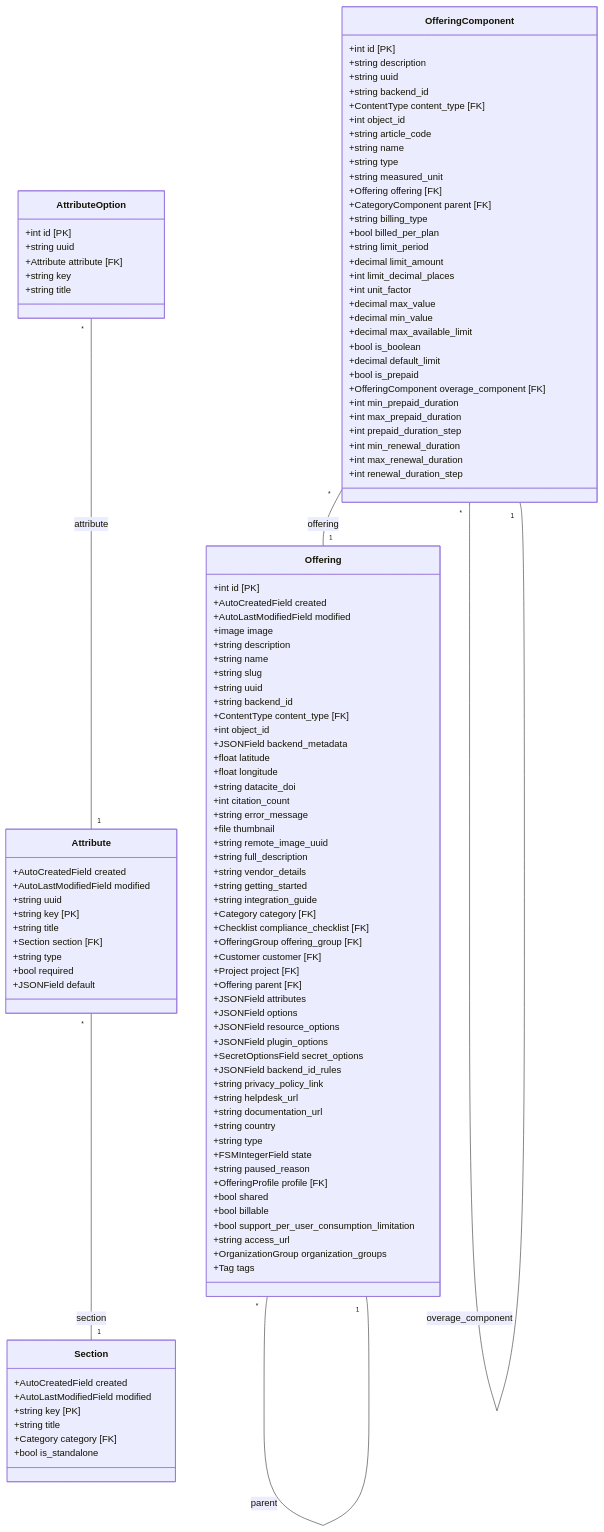
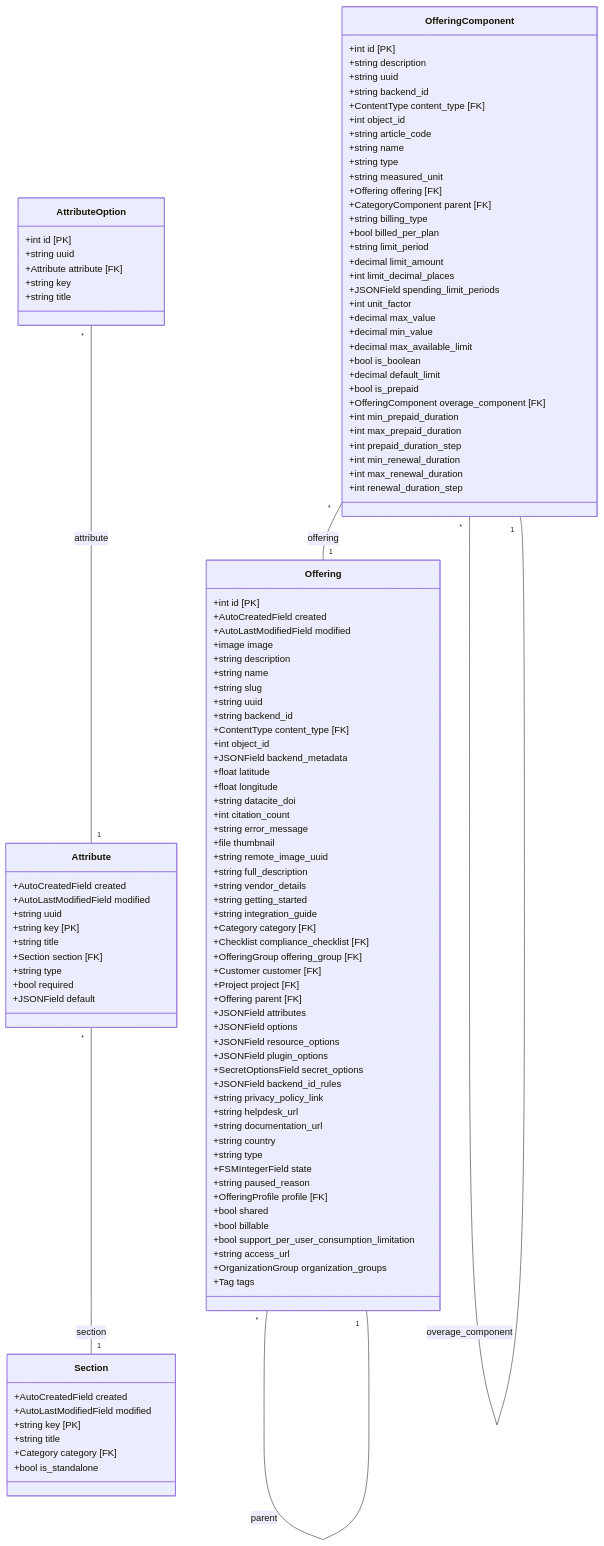
One commit to waldur/waldur-docs changed the diagram in docs/developer-guide/marketplace_catalog.mmd. Above: the diagram before and after it, drawn with Mermaid. The commit also changed 49 other files, not shown here.

```diff
--- a/docs/developer-guide/marketplace_catalog.mmd
+++ b/docs/developer-guide/marketplace_catalog.mmd
@@ -1,117 +1,118 @@
 classDiagram
     direction TB
     class Section {
         +AutoCreatedField created
         +AutoLastModifiedField modified
         +string key [PK]
         +string title
         +Category category [FK]
         +bool is_standalone
     }
     class Attribute {
         +AutoCreatedField created
         +AutoLastModifiedField modified
         +string uuid
         +string key [PK]
         +string title
         +Section section [FK]
         +string type
         +bool required
         +JSONField default
     }
     class AttributeOption {
         +int id [PK]
         +string uuid
         +Attribute attribute [FK]
         +string key
         +string title
     }
     class Offering {
         +int id [PK]
         +AutoCreatedField created
         +AutoLastModifiedField modified
         +image image
         +string description
         +string name
         +string slug
         +string uuid
         +string backend_id
         +ContentType content_type [FK]
         +int object_id
         +JSONField backend_metadata
         +float latitude
         +float longitude
         +string datacite_doi
         +int citation_count
         +string error_message
         +file thumbnail
         +string remote_image_uuid
         +string full_description
         +string vendor_details
         +string getting_started
         +string integration_guide
         +Category category [FK]
         +Checklist compliance_checklist [FK]
         +OfferingGroup offering_group [FK]
         +Customer customer [FK]
         +Project project [FK]
         +Offering parent [FK]
         +JSONField attributes
         +JSONField options
         +JSONField resource_options
         +JSONField plugin_options
         +SecretOptionsField secret_options
         +JSONField backend_id_rules
         +string privacy_policy_link
         +string helpdesk_url
         +string documentation_url
         +string country
         +string type
         +FSMIntegerField state
         +string paused_reason
         +OfferingProfile profile [FK]
         +bool shared
         +bool billable
         +bool support_per_user_consumption_limitation
         +string access_url
         +OrganizationGroup organization_groups
         +Tag tags
     }
     class OfferingComponent {
         +int id [PK]
         +string description
         +string uuid
         +string backend_id
         +ContentType content_type [FK]
         +int object_id
         +string article_code
         +string name
         +string type
         +string measured_unit
         +Offering offering [FK]
         +CategoryComponent parent [FK]
         +string billing_type
         +bool billed_per_plan
         +string limit_period
         +decimal limit_amount
         +int limit_decimal_places
+        +JSONField spending_limit_periods
         +int unit_factor
         +decimal max_value
         +decimal min_value
         +decimal max_available_limit
         +bool is_boolean
         +decimal default_limit
         +bool is_prepaid
         +OfferingComponent overage_component [FK]
         +int min_prepaid_duration
         +int max_prepaid_duration
         +int prepaid_duration_step
         +int min_renewal_duration
         +int max_renewal_duration
         +int renewal_duration_step
     }
     Attribute "*" -- "1" Section : section
     AttributeOption "*" -- "1" Attribute : attribute
     Offering "*" -- "1" Offering : parent
     OfferingComponent "*" -- "1" Offering : offering
     OfferingComponent "*" -- "1" OfferingComponent : overage_component
```
